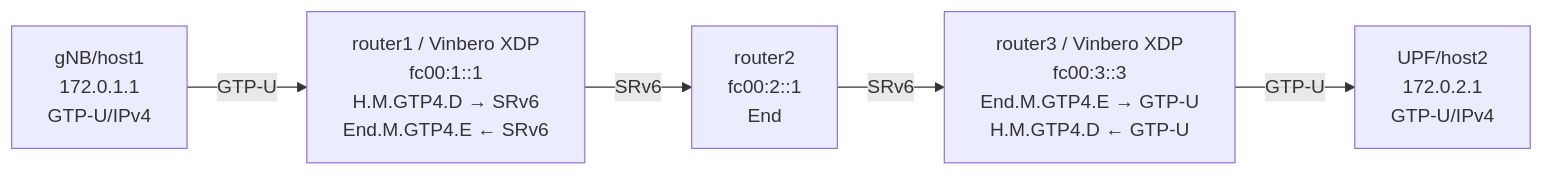
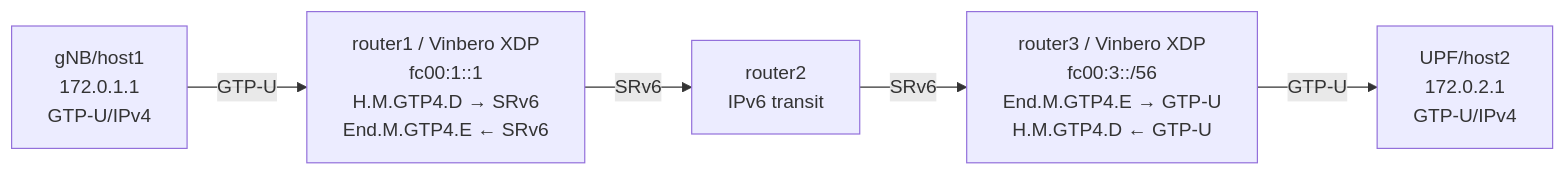
The diagram in examples/gtp4-encap/README.md (takehaya/Vinbero), drawn with Mermaid before and after one commit. The commit also changed other lines of this file and 21 other files, not shown here.

````diff
--- a/examples/gtp4-encap/README.md
+++ b/examples/gtp4-encap/README.md
@@ -7,7 +7,7 @@
 ```mermaid
 graph LR
     gNB[gNB/host1<br/>172.0.1.1<br/>GTP-U/IPv4] -->|GTP-U| router1[router1 / Vinbero XDP<br/>fc00:1::1<br/>H.M.GTP4.D → SRv6<br/>End.M.GTP4.E ← SRv6]
-    router1 -->|SRv6| router2[router2<br/>fc00:2::1<br/>End]
-    router2 -->|SRv6| router3[router3 / Vinbero XDP<br/>fc00:3::3<br/>End.M.GTP4.E → GTP-U<br/>H.M.GTP4.D ← GTP-U]
+    router1 -->|SRv6| router2[router2<br/>IPv6 transit]
+    router2 -->|SRv6| router3[router3 / Vinbero XDP<br/>fc00:3::/56<br/>End.M.GTP4.E → GTP-U<br/>H.M.GTP4.D ← GTP-U]
     router3 -->|GTP-U| UPF[UPF/host2<br/>172.0.2.1<br/>GTP-U/IPv4]
 ```
````
